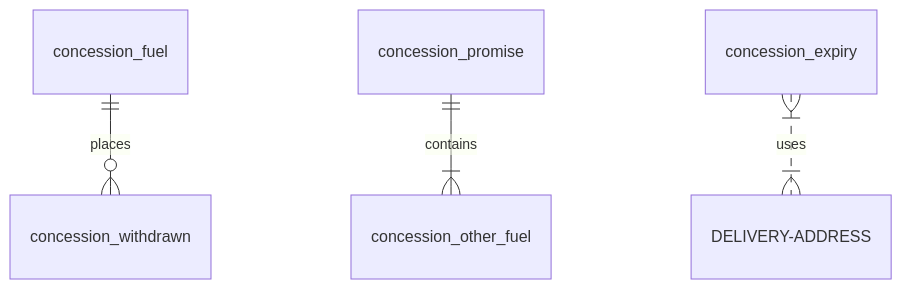
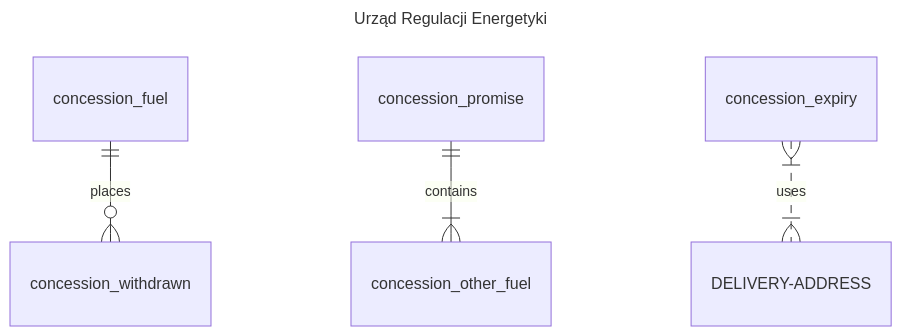
The diagram in README.md (n-kodem/ure-database-project), drawn with Mermaid before and after one commit.

````diff
--- a/README.md
+++ b/README.md
@@ -5,6 +5,9 @@
 ```mermaid
+---
+title: Urząd Regulacji Energetyki
+---
 erDiagram
     concession_fuel ||--o{ concession_withdrawn : places
     concession_promise ||--|{ concession_other_fuel : contains
     concession_expiry }|..|{ DELIVERY-ADDRESS : uses
 ```
````
